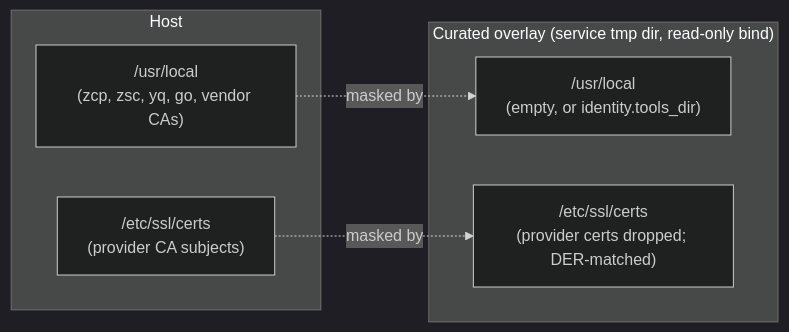
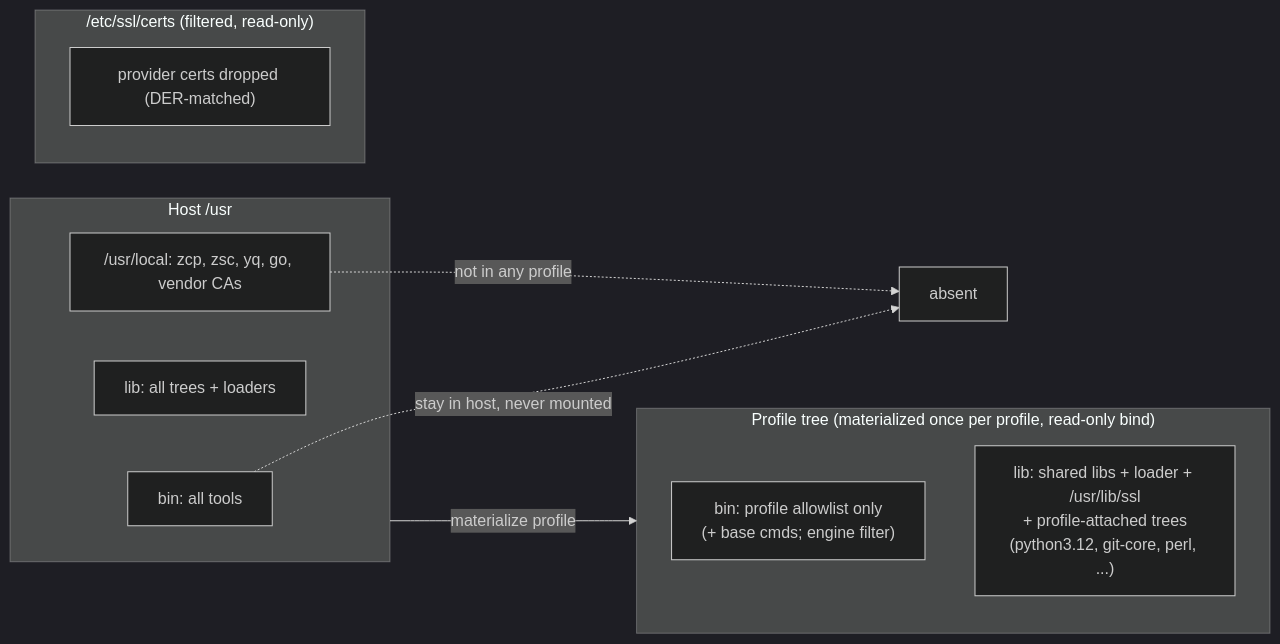
One commit to M3-mo2/cloud-service changed diagram 14 of 19 in docs/ARCHITECTURE.md. Above: the diagram before and after it, drawn with Mermaid (dark theme). The commit also changed other lines of this file and 13 other files, not shown here.

First line of the commit message:
docs(profiles): ADR 83, API/SPEC/ARCHITECTURE/README/config, VERIFICATION; tests; v0.0.18

````diff
--- a/docs/ARCHITECTURE.md
+++ b/docs/ARCHITECTURE.md
@@ -777,13 +786,18 @@
 ```mermaid
 flowchart LR
-    subgraph HOST["Host"]
-      L1["/usr/local\n(zcp, zsc, yq, go, vendor CAs)"]
-      L2["/etc/ssl/certs\n(provider CA subjects)"]
+    subgraph HOST["Host /usr"]
+      L1["bin: all tools"]
+      L2["lib: all trees + loaders"]
+      L3["/usr/local: zcp, zsc, yq, go, vendor CAs"]
     end
-    subgraph CUR["Curated overlay (service tmp dir, read-only bind)"]
-      C1["/usr/local\n(empty, or identity.tools_dir)"]
-      C2["/etc/ssl/certs\n(provider certs dropped; DER-matched)"]
+    subgraph PROF["Profile tree (materialized once per profile, read-only bind)"]
+      C1["bin: profile allowlist only\n(+ base cmds; engine filter)"]
+      C2["lib: shared libs + loader + /usr/lib/ssl\n+ profile-attached trees\n(python3.12, git-core, perl, ...)"]
     end
-    L1 -.->|masked by| C1
-    L2 -.->|masked by| C2
+    subgraph CERT["/etc/ssl/certs (filtered, read-only)"]
+      C3["provider certs dropped (DER-matched)"]
+    end
+    HOST -->|materialize profile| PROF
+    L3 -.->|not in any profile| X["absent"]
+    L1 -.->|stay in host, never mounted| X
 ```
````
